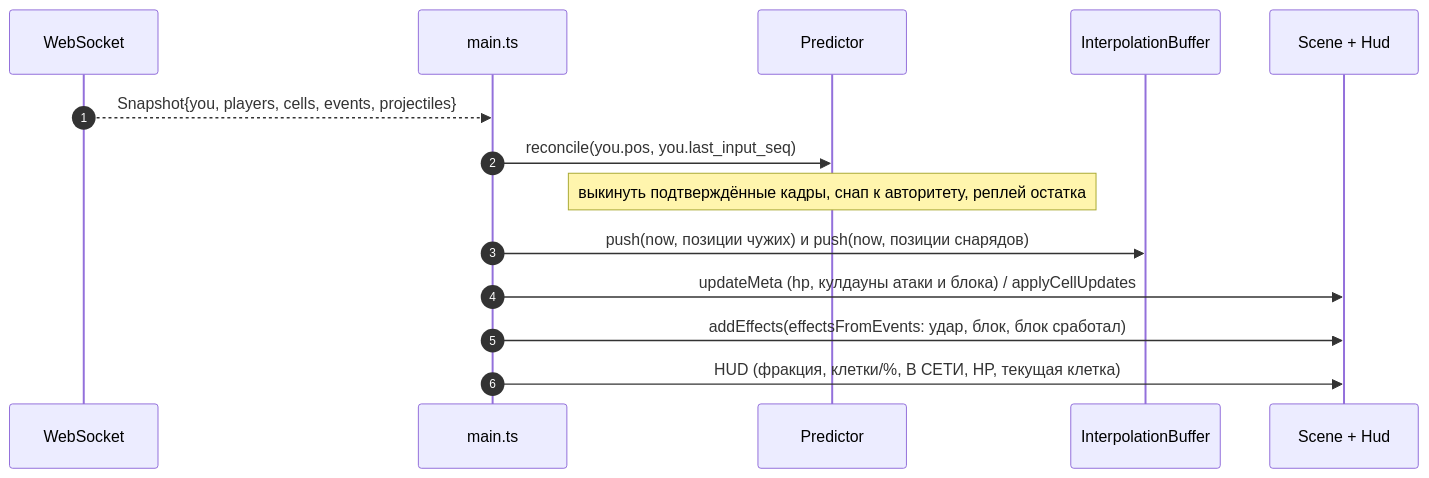
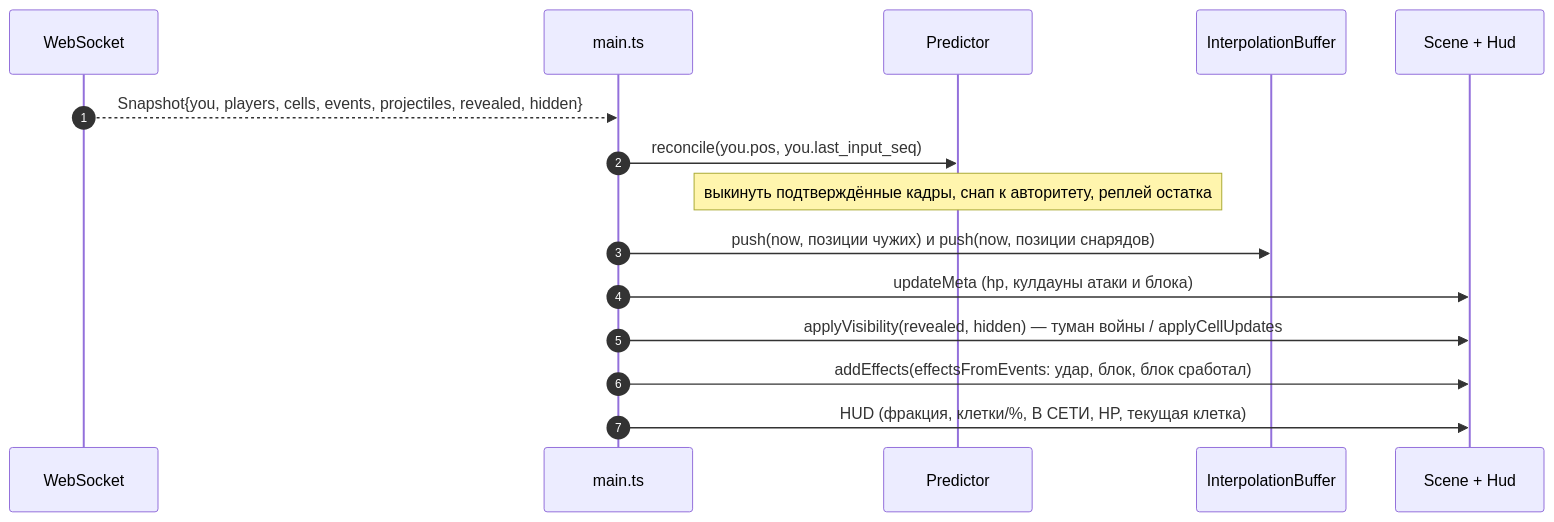
The third of 3 diagrams in client/docs/sequence-diagram.md (litcxx/Game), drawn with Mermaid before and after one commit. The commit also changed other lines of this file and 5 other files, not shown here.

Commit message:
docs: fog of war in the READMEs and sequence diagrams

````diff
--- a/client/docs/sequence-diagram.md
+++ b/client/docs/sequence-diagram.md
@@ -61,17 +61,18 @@
 ```mermaid
 sequenceDiagram
     autonumber
     participant ws as WebSocket
     participant main as main.ts
     participant pred as Predictor
     participant interp as InterpolationBuffer
     participant scene as Scene + Hud
 
-    ws-->>main: Snapshot{you, players, cells, events, projectiles}
+    ws-->>main: Snapshot{you, players, cells, events, projectiles, revealed, hidden}
     main->>pred: reconcile(you.pos, you.last_input_seq)
     Note over pred: выкинуть подтверждённые кадры, снап к авторитету, реплей остатка
     main->>interp: push(now, позиции чужих) и push(now, позиции снарядов)
-    main->>scene: updateMeta (hp, кулдауны атаки и блока) / applyCellUpdates
+    main->>scene: updateMeta (hp, кулдауны атаки и блока)
+    main->>scene: applyVisibility(revealed, hidden) — туман войны / applyCellUpdates
     main->>scene: addEffects(effectsFromEvents: удар, блок, блок сработал)
     main->>scene: HUD (фракция, клетки/%, В СЕТИ, HP, текущая клетка)
 ```
````
